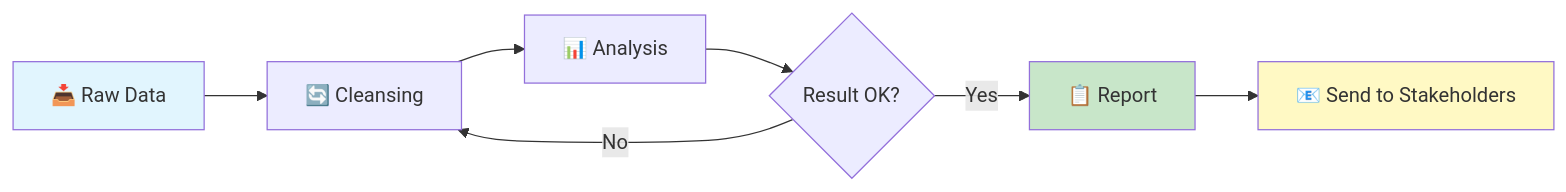
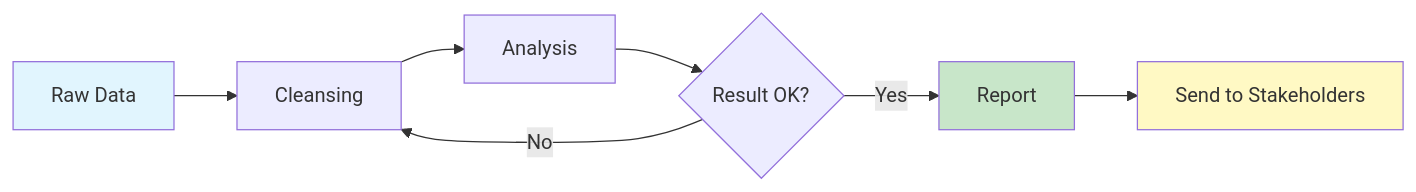
The second of 3 diagrams in analysts_en.md (justinsz/ProPrompt), drawn with Mermaid before and after one commit. The commit also changed other lines of this file and 11 other files, not shown here.

````diff
--- a/analysts_en.md
+++ b/analysts_en.md
@@ -164,13 +164,13 @@
 ```mermaid
 flowchart LR
-    A[📥 Raw Data] --> B[🔄 Cleansing]
-    B --> C[📊 Analysis]
+    A[Raw Data] --> B[Cleansing]
+    B --> C[Analysis]
     C --> D{Result OK?}
-    D -- Yes --> E[📋 Report]
+    D -- Yes --> E[Report]
     D -- No --> B
-    E --> F[📧 Send to Stakeholders]
+    E --> F[Send to Stakeholders]
 
     style A fill:#e1f5fe
     style E fill:#c8e6c9
     style F fill:#fff9c4
 ```
````
